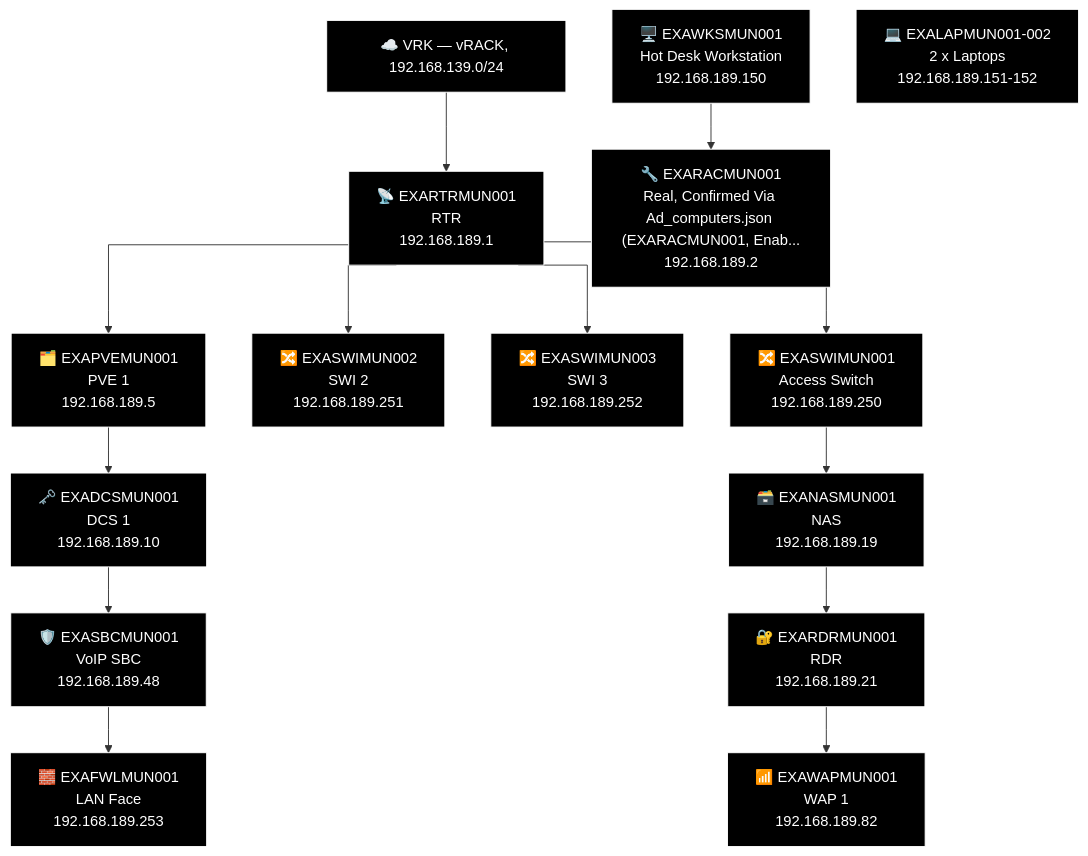
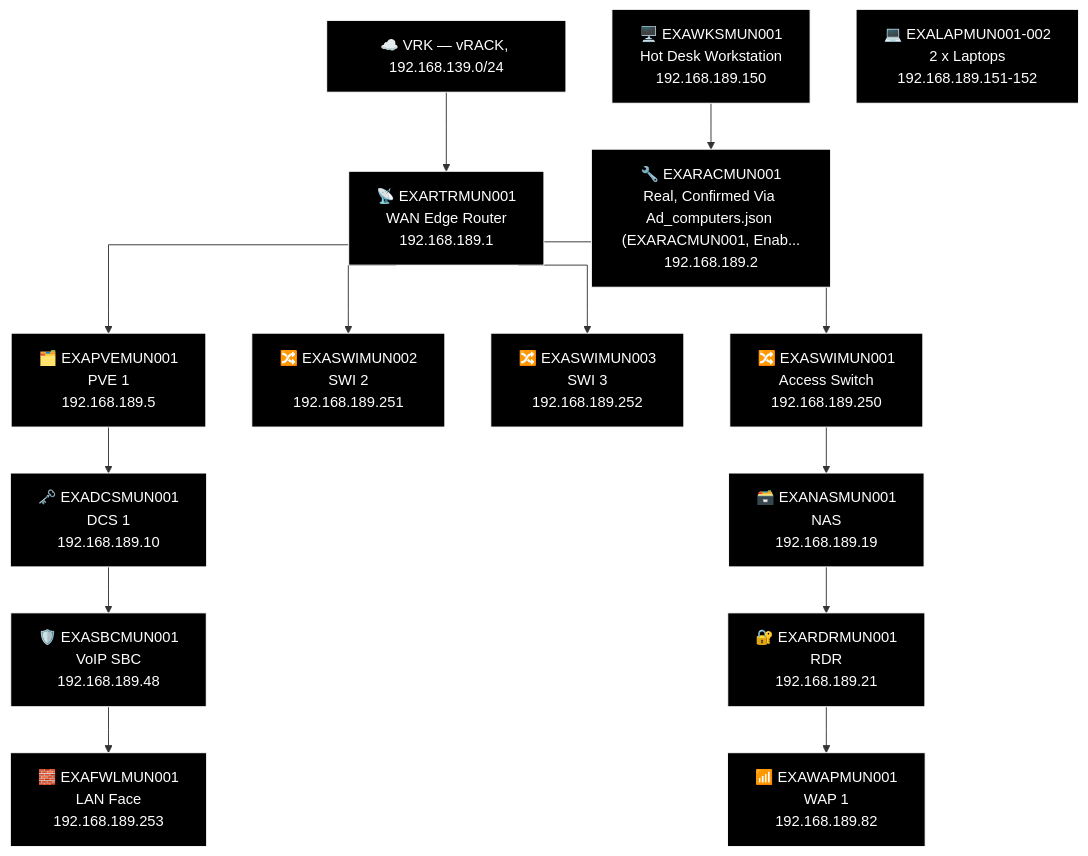
Before and after one commit to knightmare2600/example_music_infra: the ninth of 13 diagrams in docs/network-diagram/deutschland.md, drawn with Mermaid. The commit also changed 17 other files, not shown here.

````diff
--- a/docs/network-diagram/deutschland.md
+++ b/docs/network-diagram/deutschland.md
@@ -351,44 +351,44 @@
 ```mermaid
 %% GENERATED:TOPOLOGY:MUN:START
 %%{init: {'flowchart': {'curve': 'stepAfter'}}}%%
 graph TD
     T_VRK["☁️ VRK — vRACK, 192.168.139.0/24"]
-    T_RTR["📡 EXARTRMUN001<br/>RTR<br/>192.168.189.1"]
+    T_RTR["📡 EXARTRMUN001<br/>WAN Edge Router<br/>192.168.189.1"]
     T_VRK --> T_RTR
     T_PVE["🗂️ EXAPVEMUN001<br/>PVE 1<br/>192.168.189.5"]
     T_RTR --> T_PVE
     T_SWI["🔀 EXASWIMUN002<br/>SWI 2<br/>192.168.189.251"]
     T_RTR --> T_SWI
     T_SWI2["🔀 EXASWIMUN003<br/>SWI 3<br/>192.168.189.252"]
     T_RTR --> T_SWI2
     T_SWI3["🔀 EXASWIMUN001<br/>Access Switch<br/>192.168.189.250"]
     T_RTR --> T_SWI3
     T_NAS["🗃️ EXANASMUN001<br/>NAS<br/>192.168.189.19"]
     T_RDR["🔐 EXARDRMUN001<br/>RDR<br/>192.168.189.21"]
     T_WAP["📶 EXAWAPMUN001<br/>WAP 1<br/>192.168.189.82"]
     T_SWI3 --> T_NAS --> T_RDR --> T_WAP
     T_DCS["🗝️ EXADCSMUN001<br/>DCS 1<br/>192.168.189.10"]
     T_SBC["🛡️ EXASBCMUN001<br/>VoIP SBC<br/>192.168.189.48"]
     T_FWL["🧱 EXAFWLMUN001<br/>LAN Face<br/>192.168.189.253"]
     T_PVE --> T_DCS --> T_SBC --> T_FWL
     T_WKS["🖥️ EXAWKSMUN001<br/>Hot Desk Workstation<br/>192.168.189.150"]
     T_OTH_LAP["💻 EXALAPMUN001-002<br/>2 x Laptops<br/>192.168.189.151-152"]
     T_RAC["🔧 EXARACMUN001<br/>Real, Confirmed Via Ad_computers.json (EXARACMUN001, Enab...<br/>192.168.189.2"]
     T_WKS --> T_RAC
     style T_VRK fill:#000000,stroke:#FFFFFF,color:#FFFFFF
     style T_RTR fill:#000000,stroke:#FFFFFF,color:#FFFFFF
     style T_PVE fill:#000000,stroke:#FFFFFF,color:#FFFFFF
     style T_SWI fill:#000000,stroke:#FFFFFF,color:#FFFFFF
     style T_SWI2 fill:#000000,stroke:#FFFFFF,color:#FFFFFF
     style T_SWI3 fill:#000000,stroke:#FFFFFF,color:#FFFFFF
     style T_NAS fill:#000000,stroke:#FFFFFF,color:#FFFFFF
     style T_RDR fill:#000000,stroke:#FFFFFF,color:#FFFFFF
     style T_WAP fill:#000000,stroke:#FFFFFF,color:#FFFFFF
     style T_DCS fill:#000000,stroke:#FFFFFF,color:#FFFFFF
     style T_SBC fill:#000000,stroke:#FFFFFF,color:#FFFFFF
     style T_FWL fill:#000000,stroke:#FFFFFF,color:#FFFFFF
     style T_WKS fill:#000000,stroke:#FFFFFF,color:#FFFFFF
     style T_OTH_LAP fill:#000000,stroke:#FFFFFF,color:#FFFFFF
     style T_RAC fill:#000000,stroke:#FFFFFF,color:#FFFFFF
 %% GENERATED:TOPOLOGY:MUN:END
 ```
````
